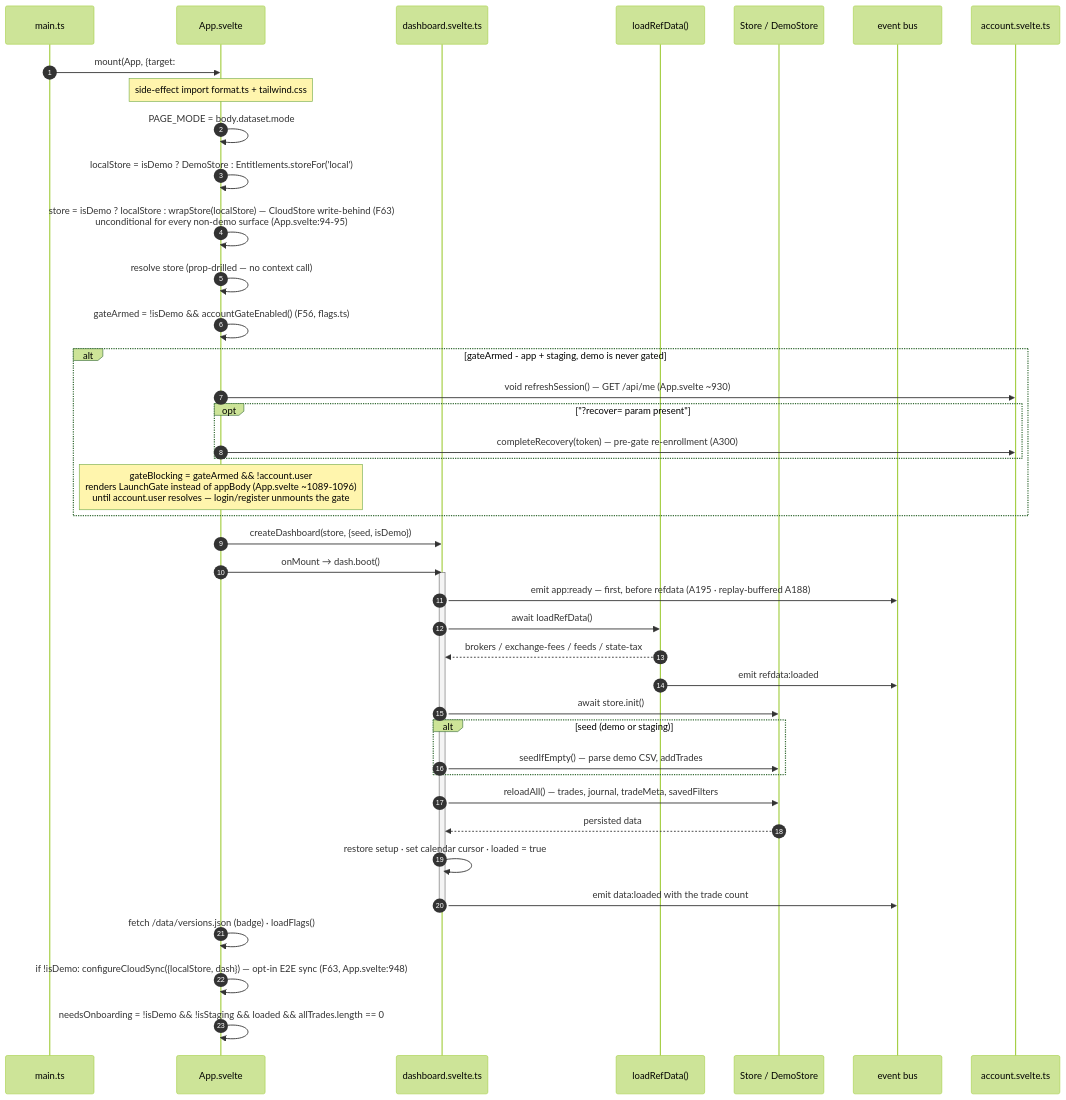
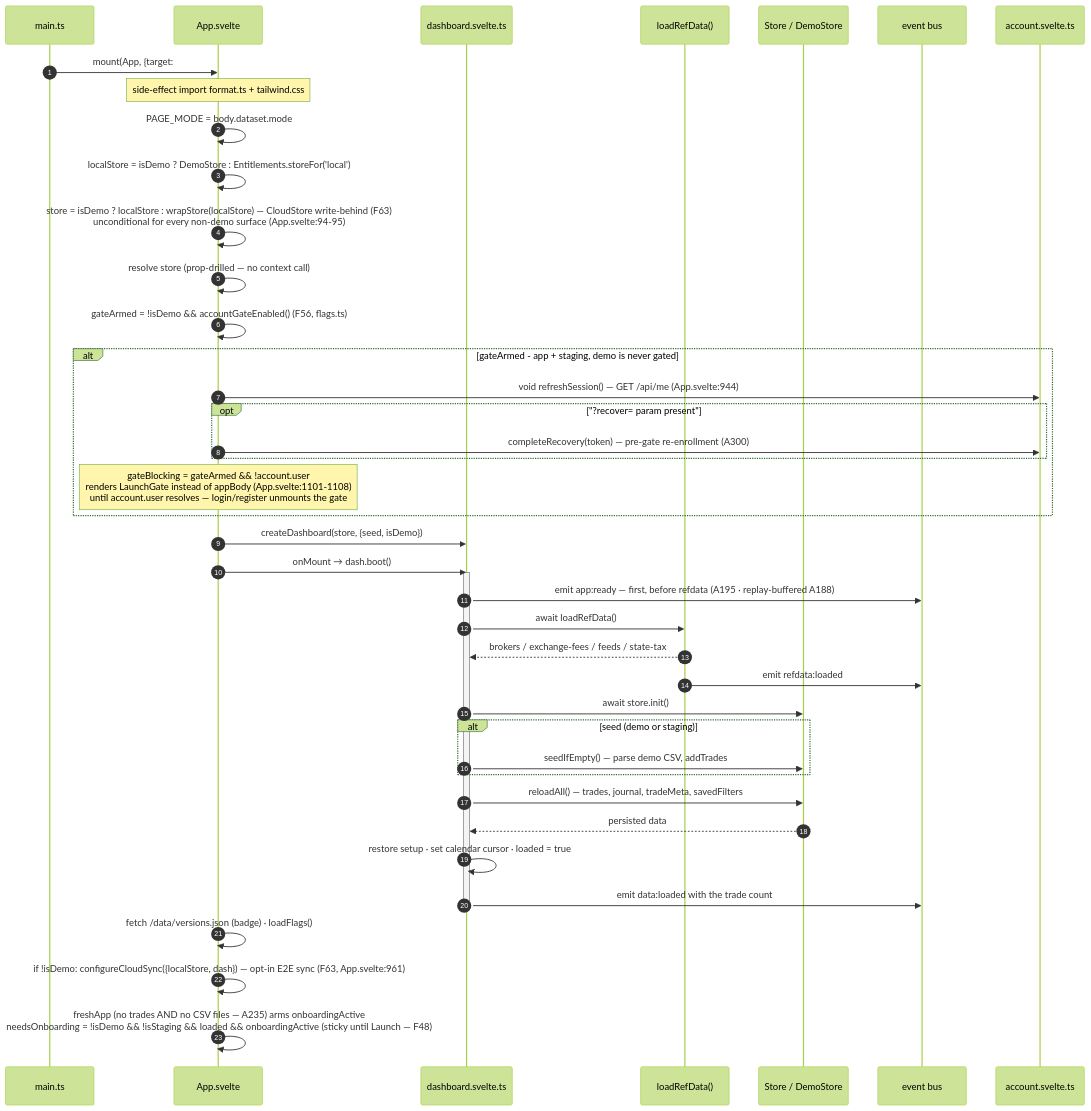
Before and after one commit to mitchGuthrieDev/blotterbook: the diagram in docs/architecture-diagrams/boot-and-lifecycle.md, drawn with Mermaid (forest theme). The commit also changed other lines of this file and 31 other files, not shown here.

````diff
--- a/docs/architecture-diagrams/boot-and-lifecycle.md
+++ b/docs/architecture-diagrams/boot-and-lifecycle.md
@@ -11,47 +11,47 @@
 ```mermaid
 sequenceDiagram
     autonumber
     participant M as main.ts
     participant App as App.svelte
     participant Dash as dashboard.svelte.ts
     participant Ref as loadRefData()
     participant Store as Store / DemoStore
     participant Bus as event bus
     participant Acct as account.svelte.ts
 
     M->>App: mount(App, {target: #app})
     Note over App: side-effect import format.ts + tailwind.css
     App->>App: PAGE_MODE = body.dataset.mode
     App->>App: localStore = isDemo ? DemoStore : Entitlements.storeFor('local')
     App->>App: store = isDemo ? localStore : wrapStore(localStore) — CloudStore write-behind (F63)<br/>unconditional for every non-demo surface (App.svelte:94-95)
     App->>App: resolve store (prop-drilled — no context call)
 
     App->>App: gateArmed = !isDemo && accountGateEnabled() (F56, flags.ts)
     alt gateArmed - app + staging, demo is never gated
-        App->>Acct: void refreshSession() — GET /api/me (App.svelte ~930)
+        App->>Acct: void refreshSession() — GET /api/me (App.svelte:944)
         opt "?recover= param present"
             App->>Acct: completeRecovery(token) — pre-gate re-enrollment (A300)
         end
-        Note over App: gateBlocking = gateArmed && !account.user<br/>renders LaunchGate instead of appBody (App.svelte ~1089-1096)<br/>until account.user resolves — login/register unmounts the gate
+        Note over App: gateBlocking = gateArmed && !account.user<br/>renders LaunchGate instead of appBody (App.svelte:1101-1108)<br/>until account.user resolves — login/register unmounts the gate
     end
 
     App->>Dash: createDashboard(store, {seed, isDemo})
     App->>Dash: onMount → dash.boot()
     activate Dash
     Dash->>Bus: emit app:ready — first, before refdata (A195 · replay-buffered A188)
     Dash->>Ref: await loadRefData()
     Ref-->>Dash: brokers / exchange-fees / feeds / state-tax
     Ref->>Bus: emit refdata:loaded
     Dash->>Store: await store.init()
     alt seed (demo or staging)
         Dash->>Store: seedIfEmpty() — parse demo CSV, addTrades
     end
     Dash->>Store: reloadAll() — trades, journal, tradeMeta, savedFilters
     Store-->>Dash: persisted data
     Dash->>Dash: restore setup · set calendar cursor · loaded = true
     Dash->>Bus: emit data:loaded with the trade count
     deactivate Dash
     App->>App: fetch /data/versions.json (badge) · loadFlags()
-    App->>App: if !isDemo: configureCloudSync({localStore, dash}) — opt-in E2E sync (F63, App.svelte:948)
-    App->>App: needsOnboarding = !isDemo && !isStaging && loaded && allTrades.length == 0
+    App->>App: if !isDemo: configureCloudSync({localStore, dash}) — opt-in E2E sync (F63, App.svelte:961)
+    App->>App: freshApp (no trades AND no CSV files — A235) arms onboardingActive<br/>needsOnboarding = !isDemo && !isStaging && loaded && onboardingActive (sticky until Launch — F48)
 ```
````
